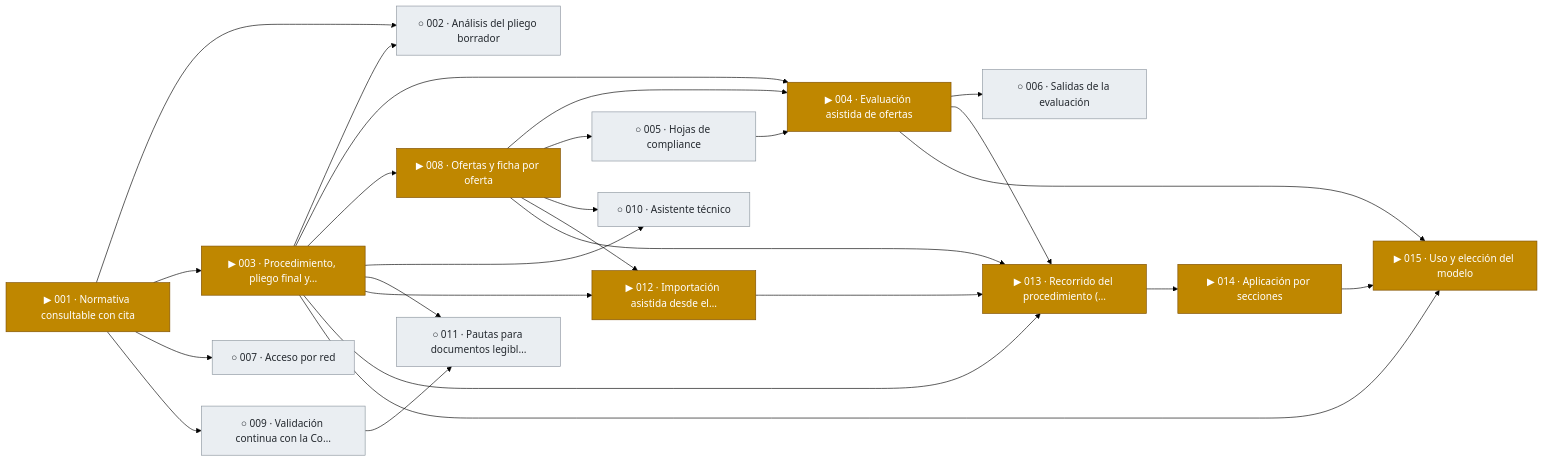
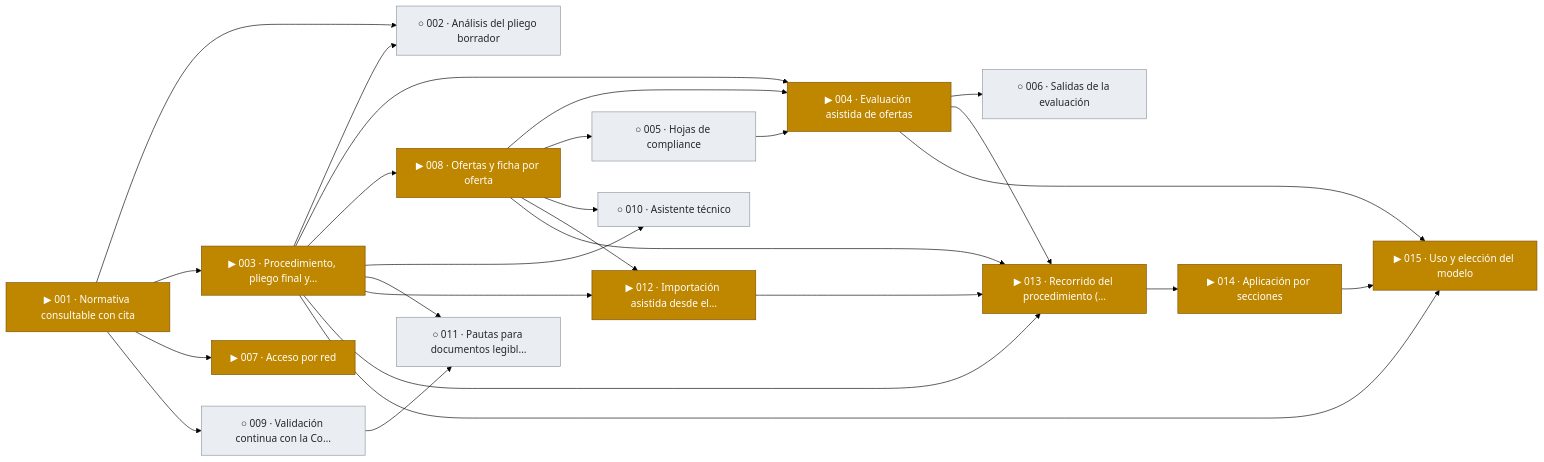
Before and after one commit to snavello/EVALUON: the first of 18 diagrams in docs/tablero.md, drawn with Mermaid (forest theme). The commit also changed other lines of this file and 1 other file, not shown here.

Commit message:
gestión: spec 007 (acceso por red) en borrador, con las decisiones del responsable del 2026-10-14

````diff
--- a/docs/tablero.md
+++ b/docs/tablero.md
@@ -9,48 +9,48 @@
 ```mermaid
 flowchart LR
   F001["▶ 001 · Normativa consultable con cita"]:::active
   F002["○ 002 · Análisis del pliego borrador"]:::todo
   F003["▶ 003 · Procedimiento, pliego final y…"]:::active
   F004["▶ 004 · Evaluación asistida de ofertas"]:::active
   F005["○ 005 · Hojas de compliance"]:::todo
   F006["○ 006 · Salidas de la evaluación"]:::todo
-  F007["○ 007 · Acceso por red"]:::todo
+  F007["▶ 007 · Acceso por red"]:::active
   F008["▶ 008 · Ofertas y ficha por oferta"]:::active
   F009["○ 009 · Validación continua con la Co…"]:::todo
   F010["○ 010 · Asistente técnico"]:::todo
   F011["○ 011 · Pautas para documentos legibl…"]:::todo
   F012["▶ 012 · Importación asistida desde el…"]:::active
   F013["▶ 013 · Recorrido del procedimiento (…"]:::active
   F014["▶ 014 · Aplicación por secciones"]:::active
   F015["▶ 015 · Uso y elección del modelo"]:::active
   F001 --> F002
   F003 --> F002
   F001 --> F003
   F003 --> F004
   F008 --> F004
   F005 --> F004
   F008 --> F005
   F004 --> F006
   F001 --> F007
   F003 --> F008
   F001 --> F009
   F003 --> F010
   F008 --> F010
   F003 --> F011
   F009 --> F011
   F003 --> F012
   F008 --> F012
   F003 --> F013
   F004 --> F013
   F008 --> F013
   F012 --> F013
   F013 --> F014
   F003 --> F015
   F004 --> F015
   F014 --> F015
   classDef done fill:#1a7f37,stroke:#116329,color:#ffffff
   classDef review fill:#0969da,stroke:#0550ae,color:#ffffff
   classDef active fill:#bf8700,stroke:#7d4e00,color:#ffffff
   classDef blocked fill:#cf222e,stroke:#a40e26,color:#ffffff
   classDef todo fill:#eaeef2,stroke:#8c959f,color:#24292f
 ```
````
